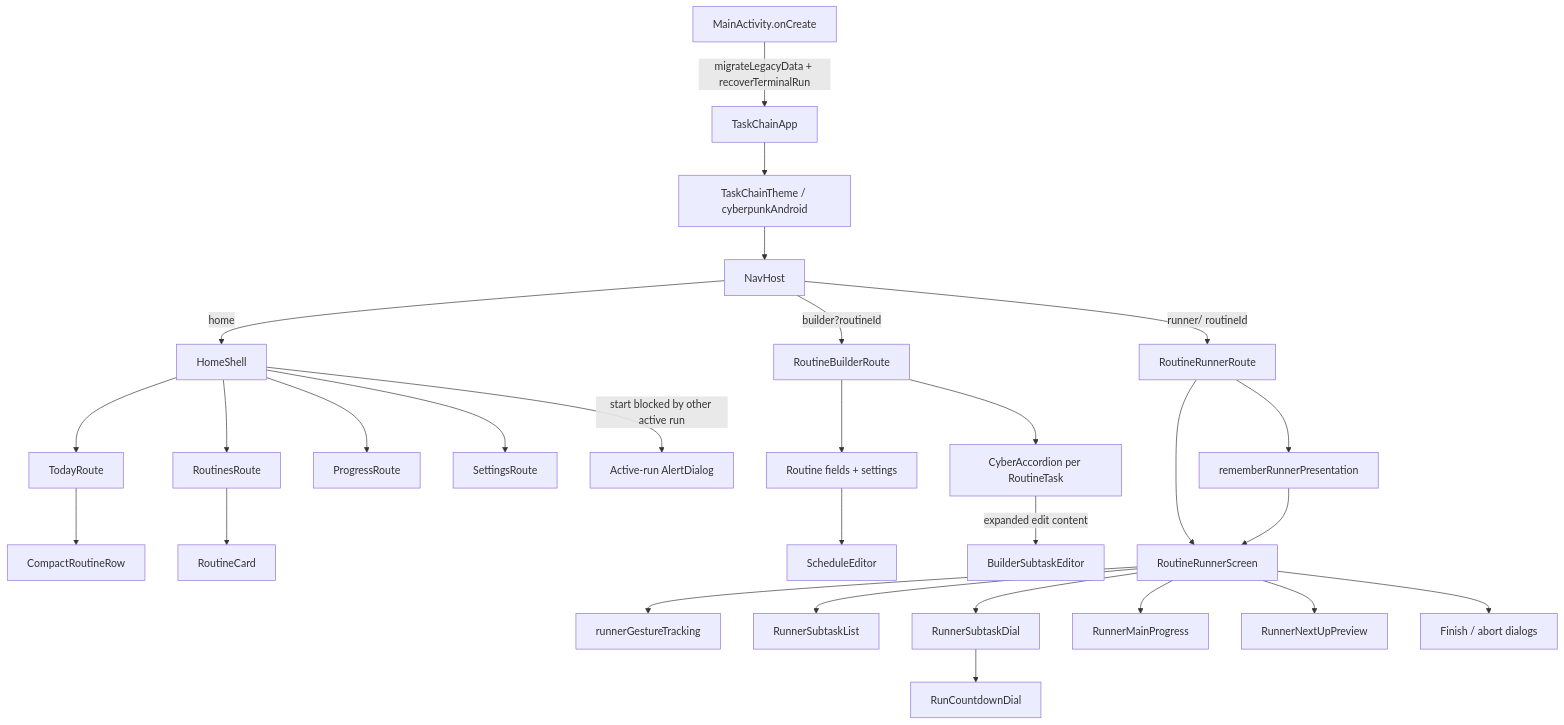
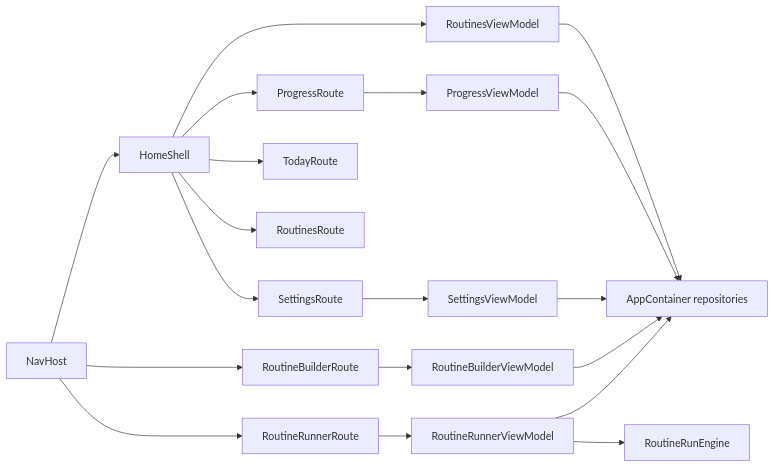
One commit to matthewdmanning/TaskChain changed the second of 6 diagrams in docs/ui/TaskChain-UI-Wiring-refactor-feature-integration.md. Above: the diagram before and after it, drawn with Mermaid. The commit also changed other lines of this file, not shown here.

First line of the commit message:
docs(ui): refresh feature integration wiring diagram

````diff
--- a/docs/ui/TaskChain-UI-Wiring-refactor-feature-integration.md
+++ b/docs/ui/TaskChain-UI-Wiring-refactor-feature-integration.md
@@ -13,30 +51,21 @@
 ```mermaid
-flowchart TD
-  A[MainActivity.onCreate] -->|migrateLegacyData + recoverTerminalRun| B[TaskChainApp]
-  B --> T[TaskChainTheme / cyberpunkAndroid]
-  T --> N[NavHost]
-  N -->|home| H[HomeShell]
-  N -->|builder?routineId| BR[RoutineBuilderRoute]
-  N -->|runner/ routineId| RR[RoutineRunnerRoute]
-  H --> TODAY[TodayRoute]
-  H --> ROUTINES[RoutinesRoute]
-  H --> PROGRESS[ProgressRoute]
-  H --> SETTINGS[SettingsRoute]
-  TODAY --> ROW[CompactRoutineRow]
-  ROUTINES --> CARD[RoutineCard]
-  H -->|start blocked by other active run| ACTIVE[Active-run AlertDialog]
-  BR --> FORM[Routine fields + settings]
-  FORM --> SCHED[ScheduleEditor]
-  BR --> ACC[CyberAccordion per RoutineTask]
-  ACC -->|expanded edit content| SUB[BuilderSubtaskEditor]
-  RR --> PRES[rememberRunnerPresentation]
-  RR --> SCR[RoutineRunnerScreen]
-  PRES --> SCR
-  SCR --> GEST[runnerGestureTracking]
-  SCR --> SUBLIST[RunnerSubtaskList]
-  SCR --> SUBDIAL[RunnerSubtaskDial]
-  SUBDIAL --> DIAL[RunCountdownDial]
-  SCR --> MAINPROG[RunnerMainProgress]
-  SCR --> NEXT[RunnerNextUpPreview]
-  SCR --> RUN_DIALOGS[Finish / abort dialogs]
+flowchart LR
+    NAV[NavHost] --> HOME[HomeShell]
+    NAV --> BUILDER[RoutineBuilderRoute]
+    NAV --> RUNNER[RoutineRunnerRoute]
+    HOME --> TODAY[TodayRoute]
+    HOME --> ROUTINES[RoutinesRoute]
+    HOME --> PROGRESS[ProgressRoute]
+    HOME --> SETTINGS[SettingsRoute]
+    HOME --> RVM[RoutinesViewModel]
+    PROGRESS --> PVM[ProgressViewModel]
+    SETTINGS --> SVM[SettingsViewModel]
+    BUILDER --> BVM[RoutineBuilderViewModel]
+    RUNNER --> RUNVM[RoutineRunnerViewModel]
+    RVM --> REPOS[AppContainer repositories]
+    PVM --> REPOS
+    SVM --> REPOS
+    BVM --> REPOS
+    RUNVM --> ENGINE[RoutineRunEngine]
+    RUNVM --> REPOS
 ```
````
